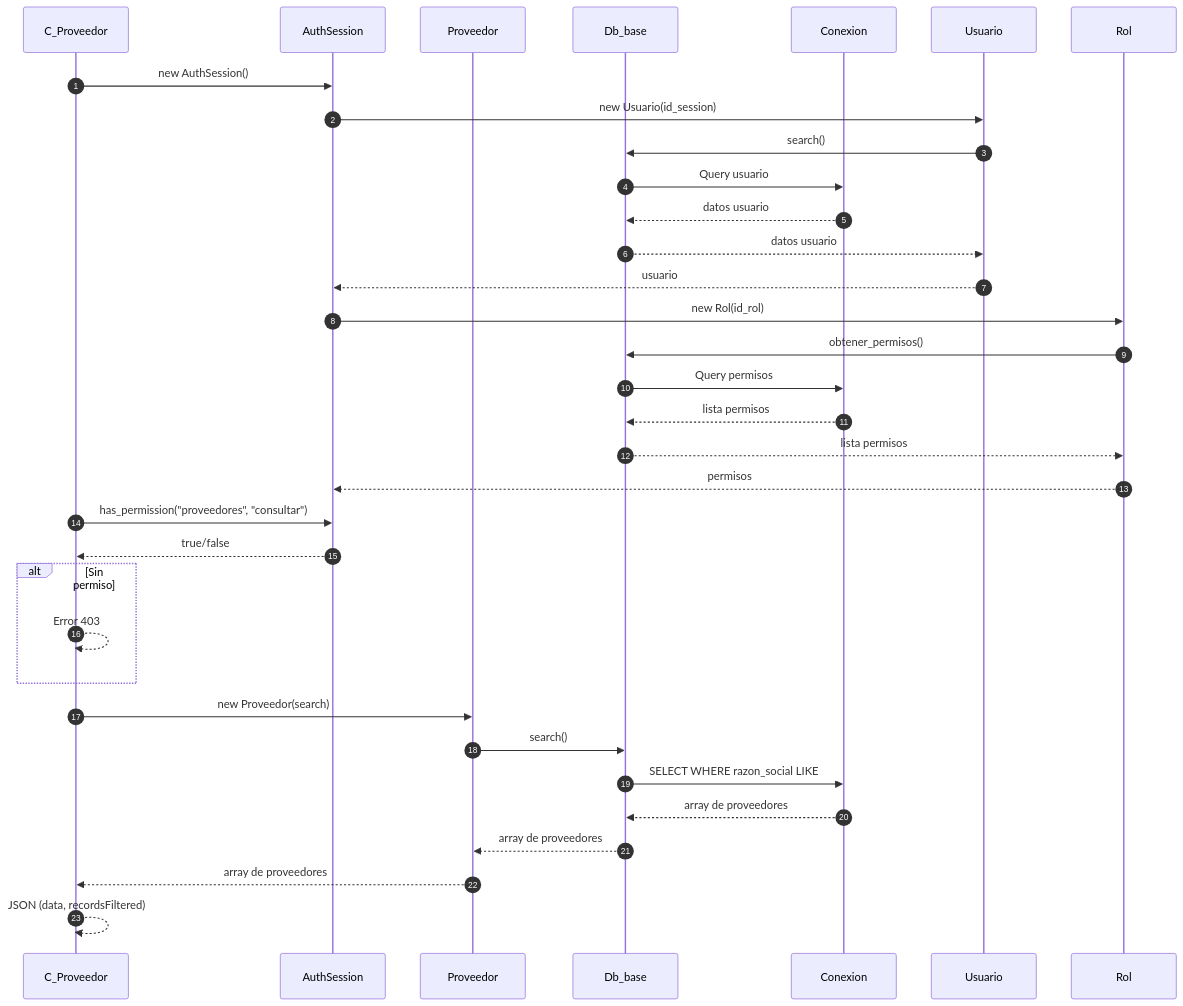
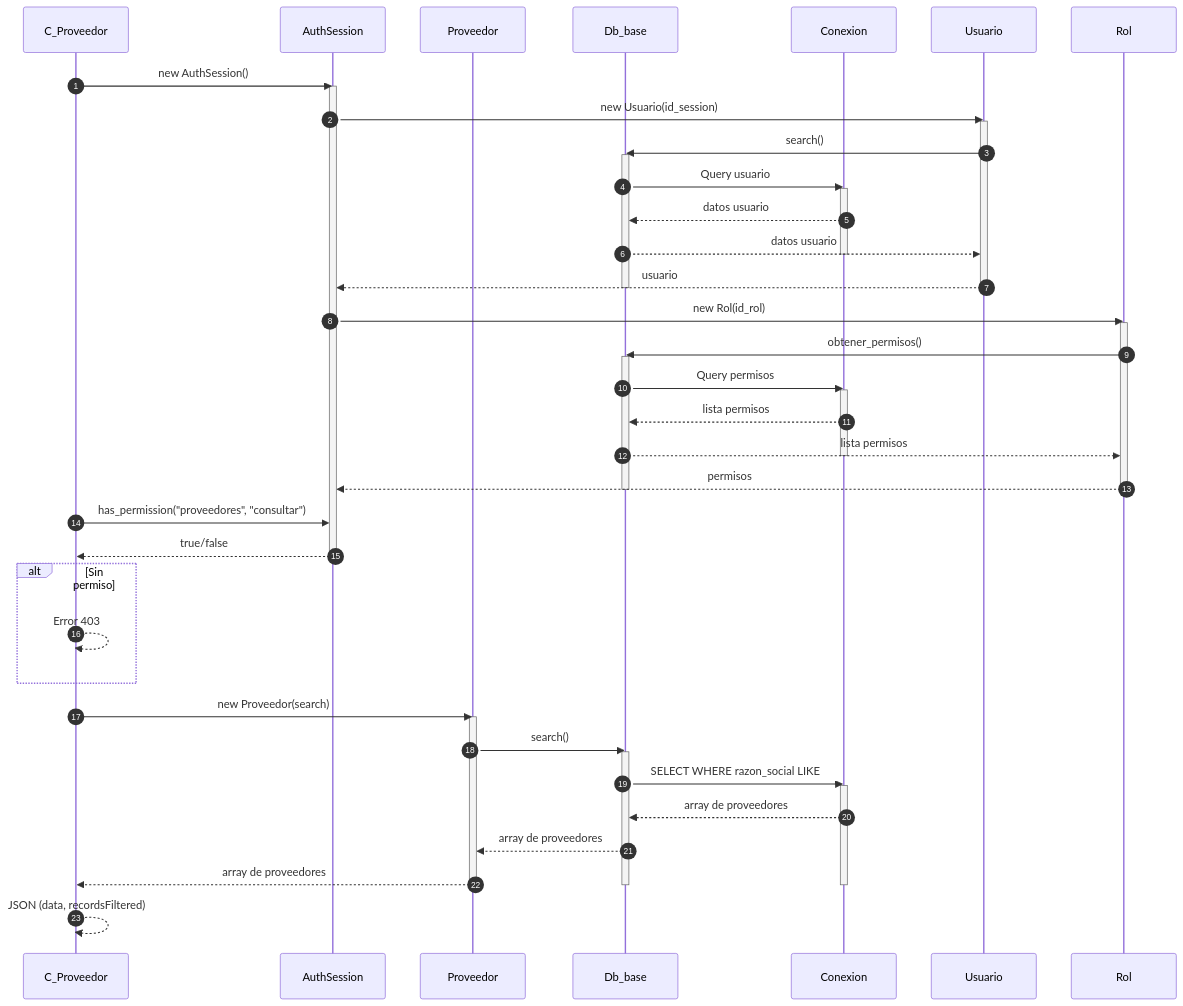
The second of 4 diagrams in docs/secuencia/proveedores/proveedores.md (Tecrato/BurgerHouse), drawn with Mermaid before and after one commit. The commit also changed other lines of this file and 16 other files, not shown here.

First line of the commit message:
Annotate mermaid sequences & throttle generator

````diff
--- a/docs/secuencia/proveedores/proveedores.md
+++ b/docs/secuencia/proveedores/proveedores.md
@@ -51,40 +75,60 @@
 ```mermaid
 sequenceDiagram
     autonumber
     participant C_Proveedor as C_Proveedor
     participant AuthSession as AuthSession
     participant Proveedor as Proveedor
     participant Db_base as Db_base
     participant Conexion as Conexion
     
     C_Proveedor->>AuthSession: new AuthSession()
+    activate AuthSession
     AuthSession->>Usuario: new Usuario(id_session)
+    activate Usuario
     Usuario->>Db_base: search()
+    activate Db_base
     Db_base->>Conexion: Query usuario
+    activate Conexion
     Conexion-->>Db_base: datos usuario
     Db_base-->>Usuario: datos usuario
+    deactivate Conexion
     Usuario-->>AuthSession: usuario
+    deactivate Usuario
+    deactivate Db_base
     
     AuthSession->>Rol: new Rol(id_rol)
+    activate Rol
     Rol->>Db_base: obtener_permisos()
+    activate Db_base
     Db_base->>Conexion: Query permisos
+    activate Conexion
     Conexion-->>Db_base: lista permisos
     Db_base-->>Rol: lista permisos
+    deactivate Conexion
     Rol-->>AuthSession: permisos
+    deactivate Rol
+    deactivate Db_base
     
     C_Proveedor->>AuthSession: has_permission("proveedores", "consultar")
     AuthSession-->>C_Proveedor: true/false
+    deactivate AuthSession
     
     alt Sin permiso
         C_Proveedor-->>C_Proveedor: Error 403
     end
     
     C_Proveedor->>Proveedor: new Proveedor(search)
+    activate Proveedor
     Proveedor->>Db_base: search()
+    activate Db_base
     Db_base->>Conexion: SELECT WHERE razon_social LIKE
+    activate Conexion
     Conexion-->>Db_base: array de proveedores
     Db_base-->>Proveedor: array de proveedores
     Proveedor-->>C_Proveedor: array de proveedores
+    deactivate Proveedor
+    deactivate Conexion
+    deactivate Db_base
     
     C_Proveedor-->>C_Proveedor: JSON (data, recordsFiltered)
 ```
````
